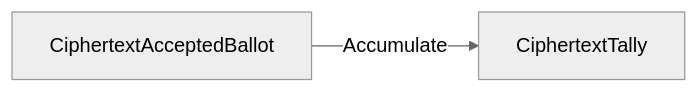
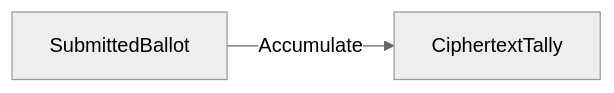
The third of 5 diagrams in docs/guide/Charts.md (vishalbelsare/electionguard), drawn with Mermaid (neutral theme) before and after one commit. The commit also changed other lines of this file, not shown here.

Commit message:
Update Charts

````diff
--- a/docs/guide/Charts.md
+++ b/docs/guide/Charts.md
@@ -9,4 +19,4 @@
 ```mermaid
 graph LR
-    CiphertextAcceptedBallot -- Accumulate --> CiphertextTally
+    SubmittedBallot -- Accumulate --> CiphertextTally
 ```
````
